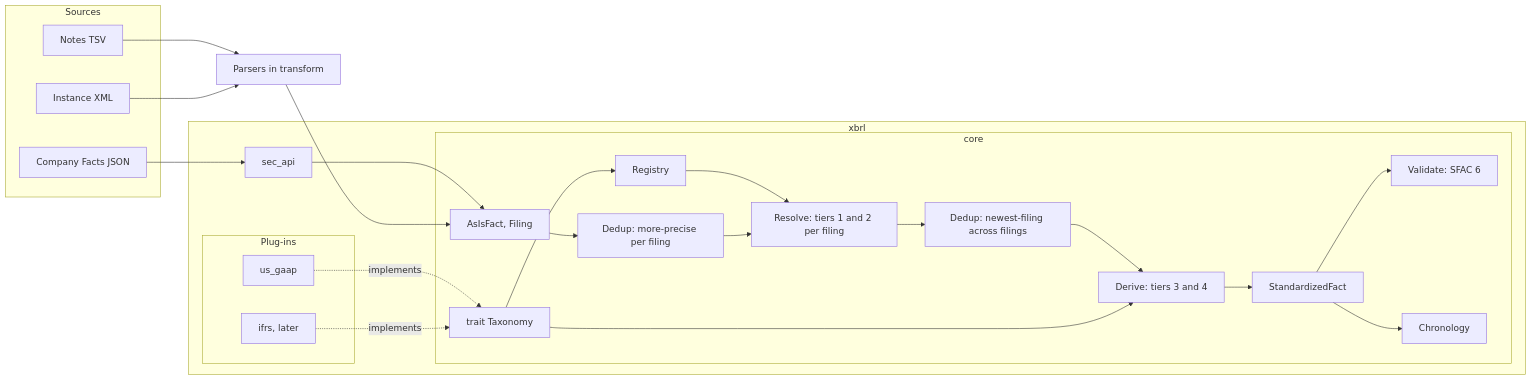
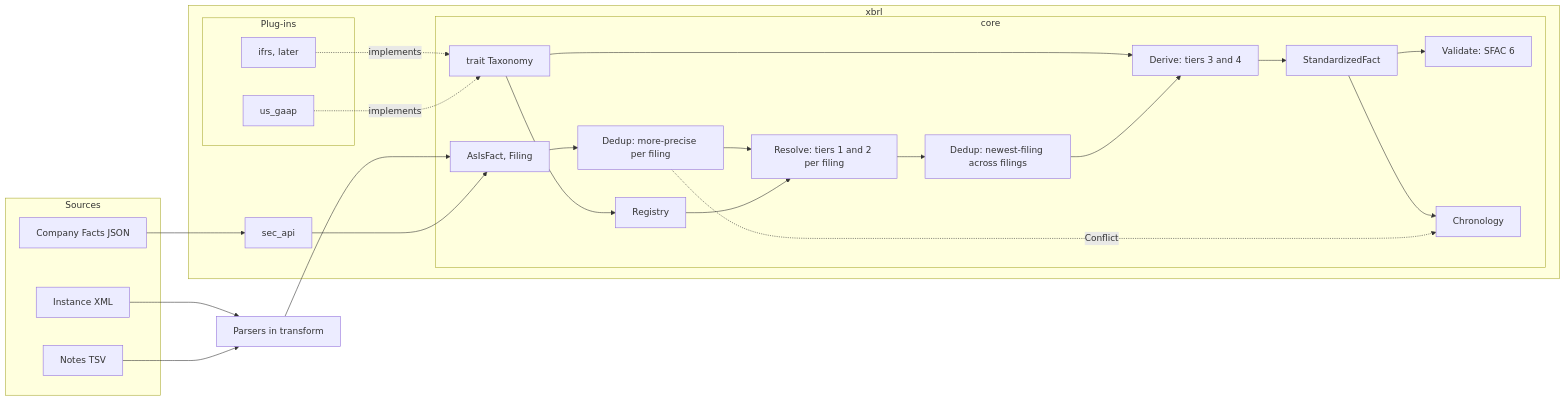
The diagram in xbrl/DESIGN.md (ironcapitaleu/arkad), drawn with Mermaid before and after one commit. The commit also changed other lines of this file, not shown here.

First line of the commit message:
doc(xbrl): match periods by end and length, and block a conflict

````diff
--- a/xbrl/DESIGN.md
+++ b/xbrl/DESIGN.md
@@ -64,37 +64,38 @@
 ```mermaid
 flowchart LR
   subgraph Sources
     N[Notes TSV]
     I[Instance XML]
     J[Company Facts JSON]
   end
   subgraph xbrl
     subgraph core
       A[AsIsFact, Filing]
       T[trait Taxonomy]
       R[Registry]
       D1[Dedup: more-precise per filing]
       RES[Resolve: tiers 1 and 2 per filing]
       D2[Dedup: newest-filing across filings]
       DER[Derive: tiers 3 and 4]
       V[Validate: SFAC 6]
       C[Chronology]
       S[StandardizedFact]
     end
     subgraph plugins[Plug-ins]
       U[us_gaap]
       F[ifrs, later]
     end
     SA[sec_api]
   end
   J --> SA --> A
   N --> P[Parsers in transform] --> A
   I --> P
   U -. implements .-> T
   F -. implements .-> T
   T --> R --> RES
   A --> D1 --> RES --> D2 --> DER --> S
+  D1 -. Conflict .-> C
   T --> DER
   S --> V
   S --> C
 ```
````
